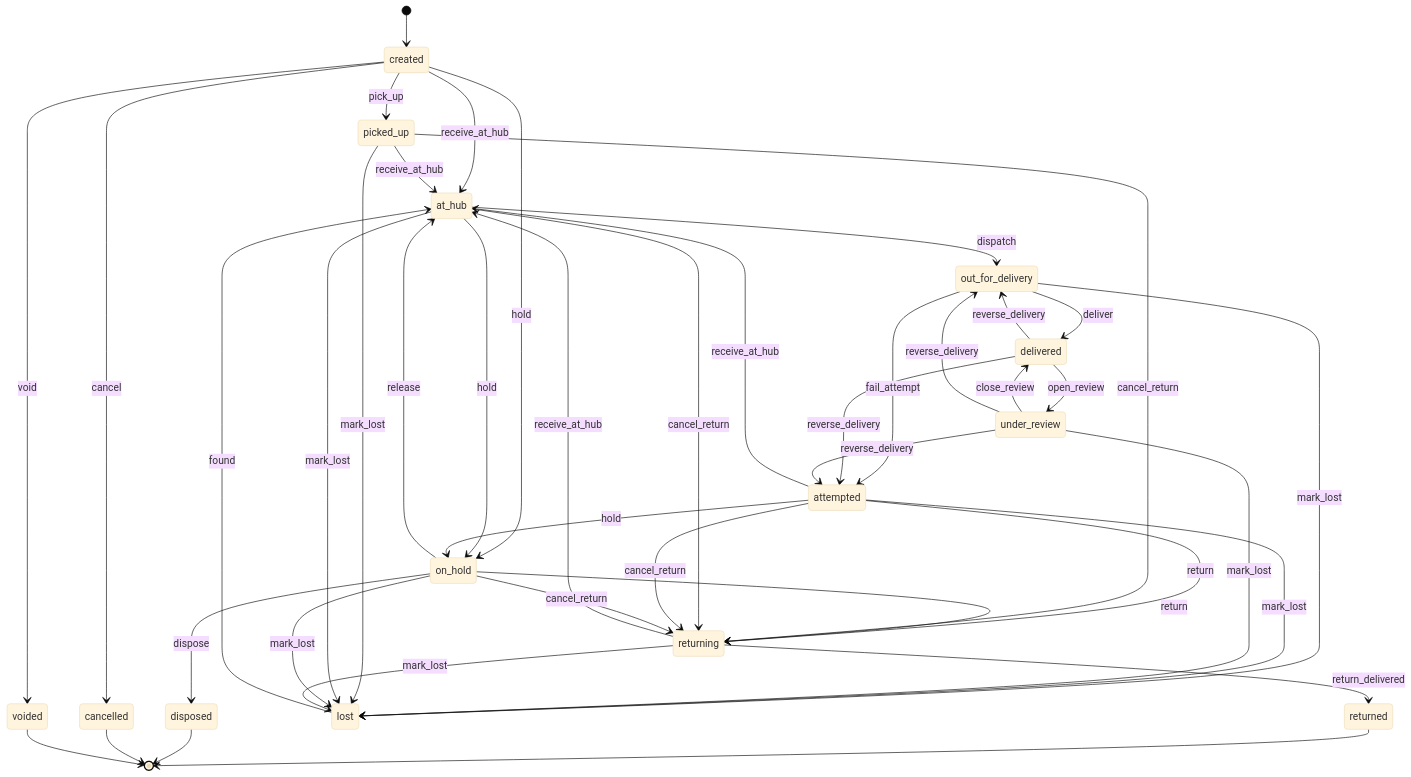
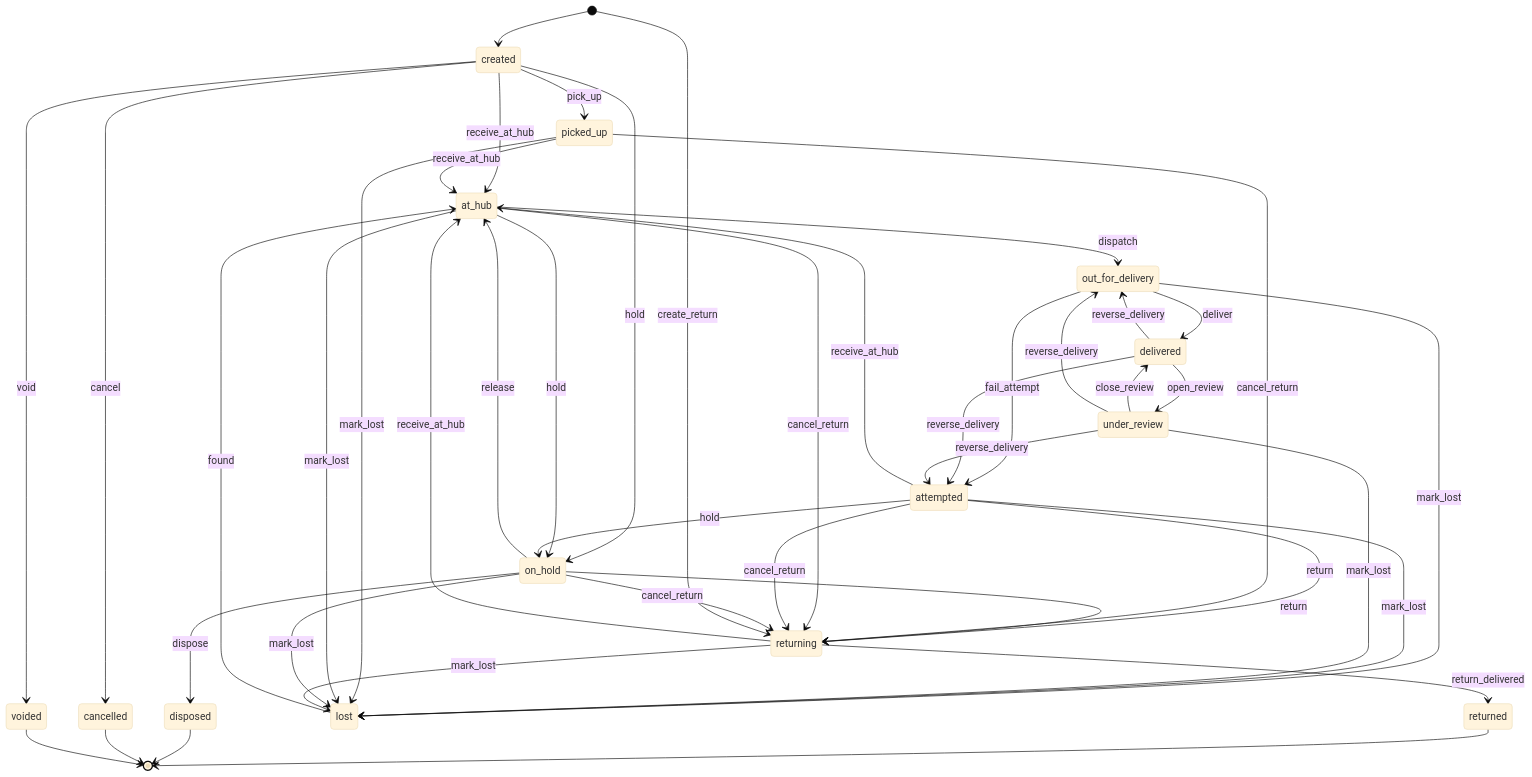
Before and after one commit to renox-rs/white-label: the first of 6 diagrams in docs/verticals/03-logistics.md, drawn with Mermaid (base theme). The commit also changed other lines of this file and 53 other files, not shown here.

First line of the commit message:
Add negative-flow backlog and SME problem map

````diff
--- a/docs/verticals/03-logistics.md
+++ b/docs/verticals/03-logistics.md
@@ -408,44 +415,45 @@
 ```mermaid
 stateDiagram-v2
   [*] --> created
   created --> picked_up: pick_up
   created --> at_hub: receive_at_hub
   picked_up --> at_hub: receive_at_hub
   attempted --> at_hub: receive_at_hub
   returning --> at_hub: receive_at_hub
   at_hub --> out_for_delivery: dispatch
   out_for_delivery --> delivered: deliver
   out_for_delivery --> attempted: fail_attempt
   created --> on_hold: hold
   at_hub --> on_hold: hold
   attempted --> on_hold: hold
   on_hold --> at_hub: release
   attempted --> returning: return
   on_hold --> returning: return
   picked_up --> returning: cancel_return
   at_hub --> returning: cancel_return
   attempted --> returning: cancel_return
   on_hold --> returning: cancel_return
   returning --> returned: return_delivered
   created --> cancelled: cancel
   created --> voided: void
+  [*] --> returning: create_return
   delivered --> under_review: open_review
   under_review --> delivered: close_review
   delivered --> out_for_delivery: reverse_delivery
   delivered --> attempted: reverse_delivery
   under_review --> out_for_delivery: reverse_delivery
   under_review --> attempted: reverse_delivery
   out_for_delivery --> lost: mark_lost
   attempted --> lost: mark_lost
   under_review --> lost: mark_lost
   picked_up --> lost: mark_lost
   at_hub --> lost: mark_lost
   on_hold --> lost: mark_lost
   returning --> lost: mark_lost
   lost --> at_hub: found
   on_hold --> disposed: dispose
   returned --> [*]
   disposed --> [*]
   cancelled --> [*]
   voided --> [*]
 ```
````
